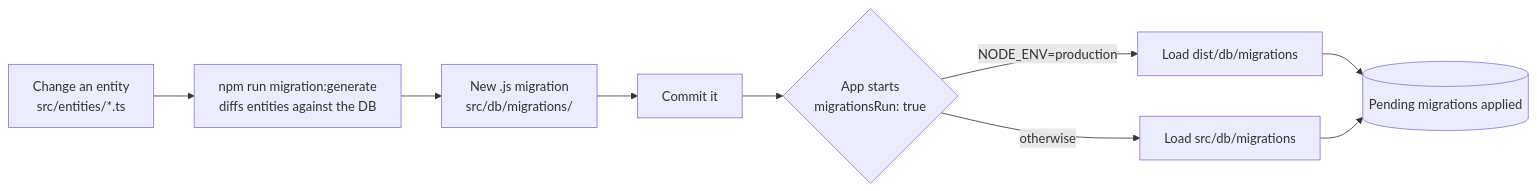
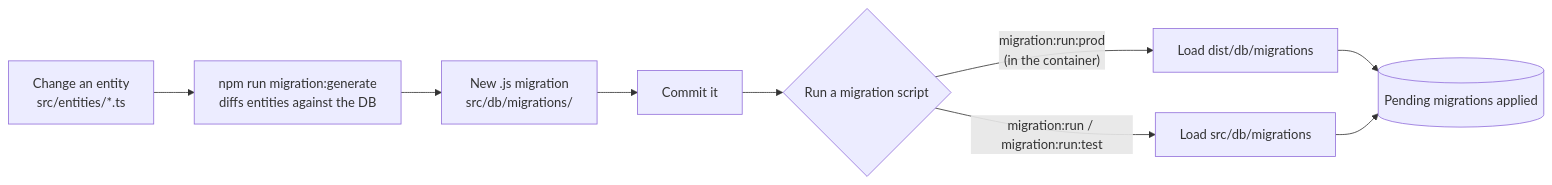
The second of 2 diagrams in docs/data-model.md (yoyanni/e-com), drawn with Mermaid before and after one commit. The commit also changed other lines of this file and 24 other files, not shown here.

````diff
--- a/docs/data-model.md
+++ b/docs/data-model.md
@@ -122,11 +122,11 @@
 ```mermaid
 flowchart LR
   edit["Change an entity<br/>src/entities/*.ts"] --> gen["npm run migration:generate<br/>diffs entities against the DB"]
   gen --> file["New .js migration<br/>src/db/migrations/"]
   file --> commit["Commit it"]
-  commit --> start{"App starts<br/>migrationsRun: true"}
-  start -->|"NODE_ENV=production"| dist["Load dist/db/migrations"]
-  start -->|"otherwise"| src["Load src/db/migrations"]
+  commit --> run{"Run a migration script"}
+  run -->|"migration:run:prod<br/>(in the container)"| dist["Load dist/db/migrations"]
+  run -->|"migration:run / migration:run:test"| src["Load src/db/migrations"]
   dist --> apply[("Pending migrations applied")]
   src --> apply
 ```
````
